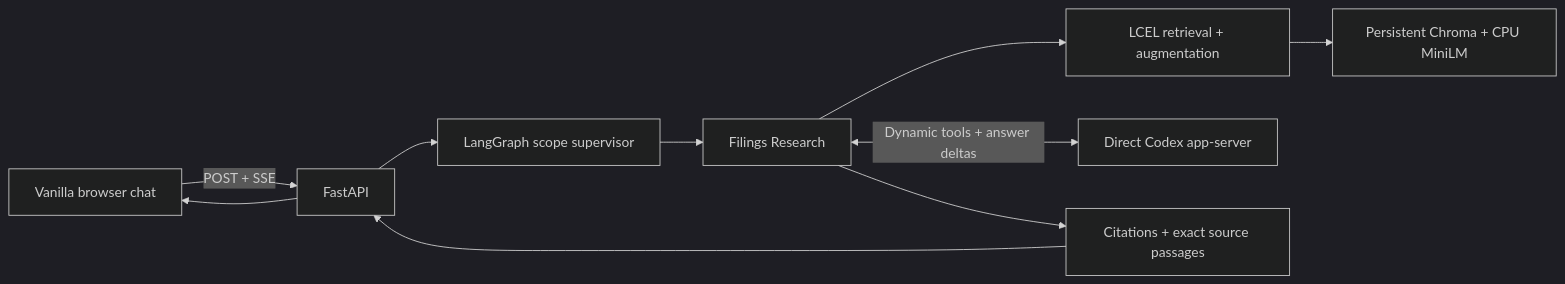
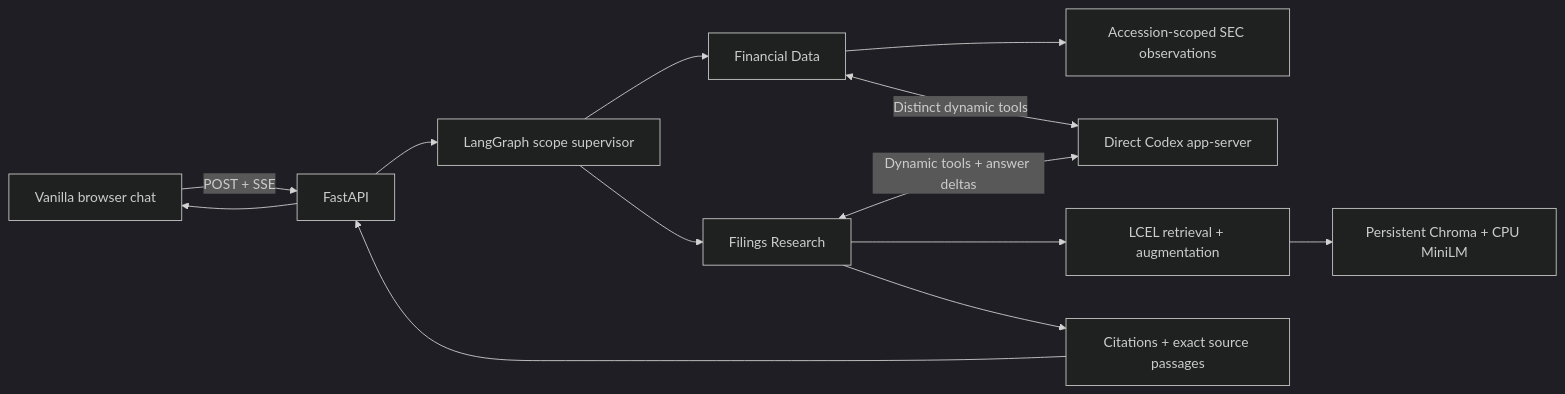
One commit to waderylan/quant-agent-orchestration changed the diagram in docs/architecture.md. Above: the diagram before and after it, drawn with Mermaid (dark theme). The commit also changed other lines of this file and 29 other files, not shown here.

First line of the commit message:
Implement M5 source-linked Financial Data agent

````diff
--- a/docs/architecture.md
+++ b/docs/architecture.md
@@ -9,12 +9,15 @@
 ```mermaid
 flowchart LR
     UI[Vanilla browser chat] -->|POST + SSE| API[FastAPI]
     API --> S[LangGraph scope supervisor]
     S --> R[Filings Research]
+    S --> D[Financial Data]
+    D --> F[Accession-scoped SEC observations]
+    D <-->|Distinct dynamic tools| CX
     R --> LC[LCEL retrieval + augmentation]
     LC --> V[Persistent Chroma + CPU MiniLM]
     R <-->|Dynamic tools + answer deltas| CX[Direct Codex app-server]
     R --> C[Citations + exact source passages]
     C --> API
     API --> UI
 ```
````
